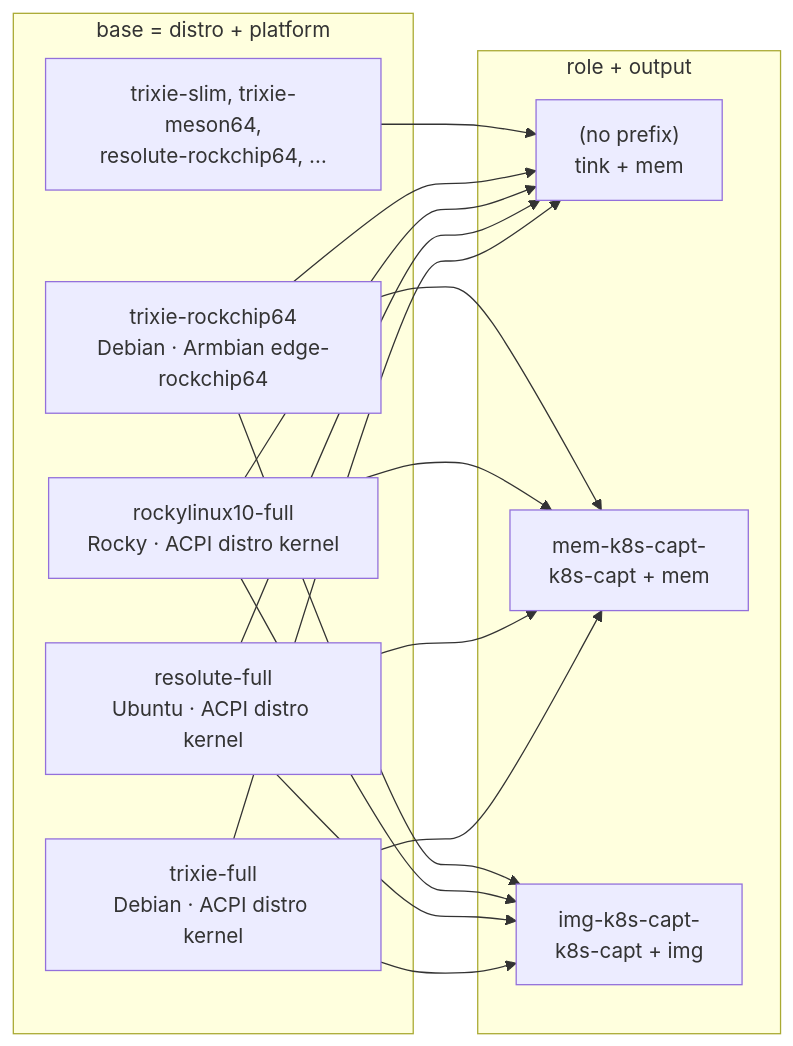
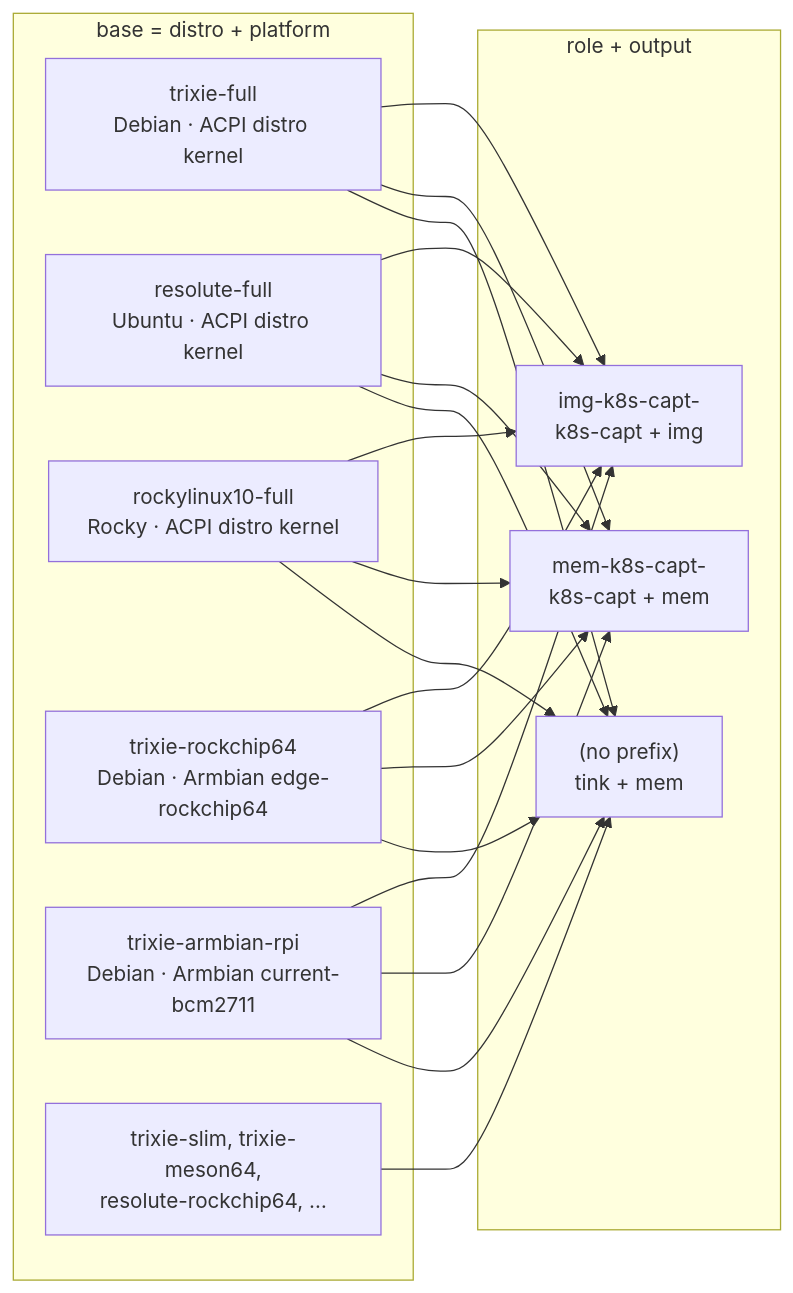
One commit to rpardini/captain changed the second of 9 diagrams in docs/design-decisions/flavor-traits.md. Above: the diagram before and after it, drawn with Mermaid. The commit also changed other lines of this file and 4 other files, not shown here.

````diff
--- a/docs/design-decisions/flavor-traits.md
+++ b/docs/design-decisions/flavor-traits.md
@@ -67,18 +67,19 @@
 ```mermaid
 flowchart LR
     subgraph bases["base = distro + platform"]
         b1["trixie-full<br/>Debian · ACPI distro kernel"]
         b2["resolute-full<br/>Ubuntu · ACPI distro kernel"]
         b3["rockylinux10-full<br/>Rocky · ACPI distro kernel"]
         b4["trixie-rockchip64<br/>Debian · Armbian edge-rockchip64"]
+        b6["trixie-armbian-rpi<br/>Debian · Armbian current-bcm2711"]
         b5["trixie-slim, trixie-meson64,<br/>resolute-rockchip64, …"]
     end
     subgraph combos["role + output"]
         c1["(no prefix)<br/>tink + mem"]
         c2["mem-k8s-capt-<br/>k8s-capt + mem"]
         c3["img-k8s-capt-<br/>k8s-capt + img"]
     end
-    b1 & b2 & b3 & b4 & b5 --> c1
-    b1 & b2 & b3 & b4 --> c2
-    b1 & b2 & b3 & b4 --> c3
+    b1 & b2 & b3 & b4 & b5 & b6 --> c1
+    b1 & b2 & b3 & b4 & b6 --> c2
+    b1 & b2 & b3 & b4 & b6 --> c3
 ```
````
